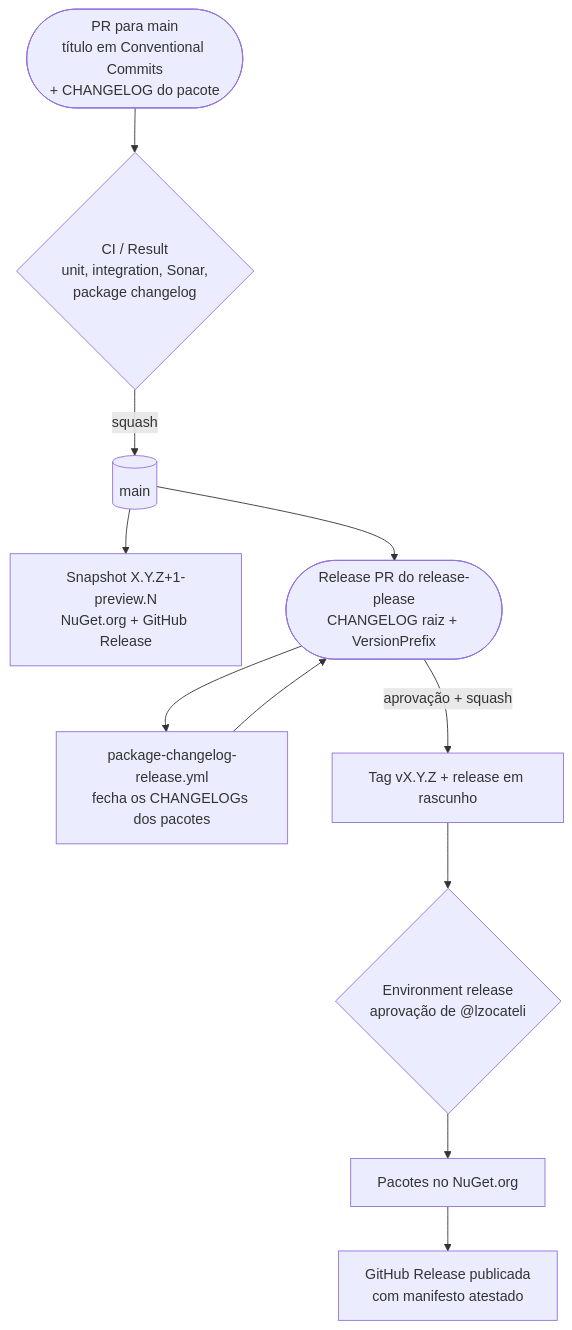
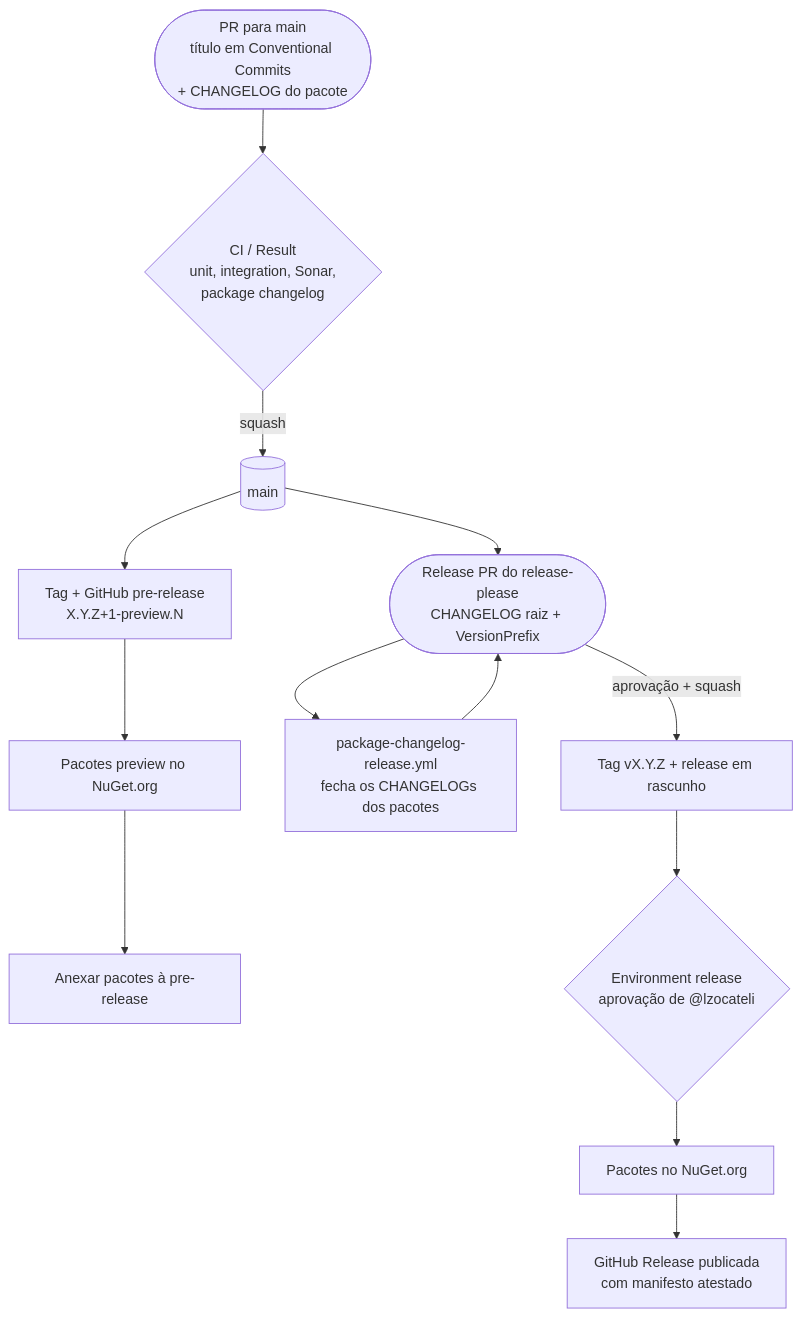
Before and after one commit to nuuvify/Nuuvify.CommonPack: the diagram in docs/maintainers/release-process.md, drawn with Mermaid. The commit also changed other lines of this file and 5 other files, not shown here.

First line of the commit message:
ci: crie pre-release antes de publicar no NuGet

````diff
--- a/docs/maintainers/release-process.md
+++ b/docs/maintainers/release-process.md
@@ -13,13 +13,15 @@
 ```mermaid
 flowchart TB
     PR([PR para main<br/>título em Conventional Commits<br/>+ CHANGELOG do pacote]) --> CI{CI / Result<br/>unit, integration, Sonar,<br/>package changelog}
     CI -->|squash| MAIN[(main)]
-    MAIN --> SNAP[Snapshot X.Y.Z+1-preview.N<br/>NuGet.org + GitHub Release]
+    MAIN --> SNAP[Tag + GitHub pre-release<br/>X.Y.Z+1-preview.N]
+    SNAP --> SNAPN[Pacotes preview no NuGet.org]
+    SNAPN --> SNAPFILES[Anexar pacotes à pre-release]
     MAIN --> RPR([Release PR do release-please<br/>CHANGELOG raiz + VersionPrefix])
     RPR --> CLOSE[package-changelog-release.yml<br/>fecha os CHANGELOGs dos pacotes]
     CLOSE --> RPR
     RPR -->|aprovação + squash| TAG[Tag vX.Y.Z + release em rascunho]
     TAG --> REL{Environment release<br/>aprovação de @lzocateli}
     REL --> NUGET[Pacotes no NuGet.org]
     NUGET --> PUB[GitHub Release publicada<br/>com manifesto atestado]
 ```
````
